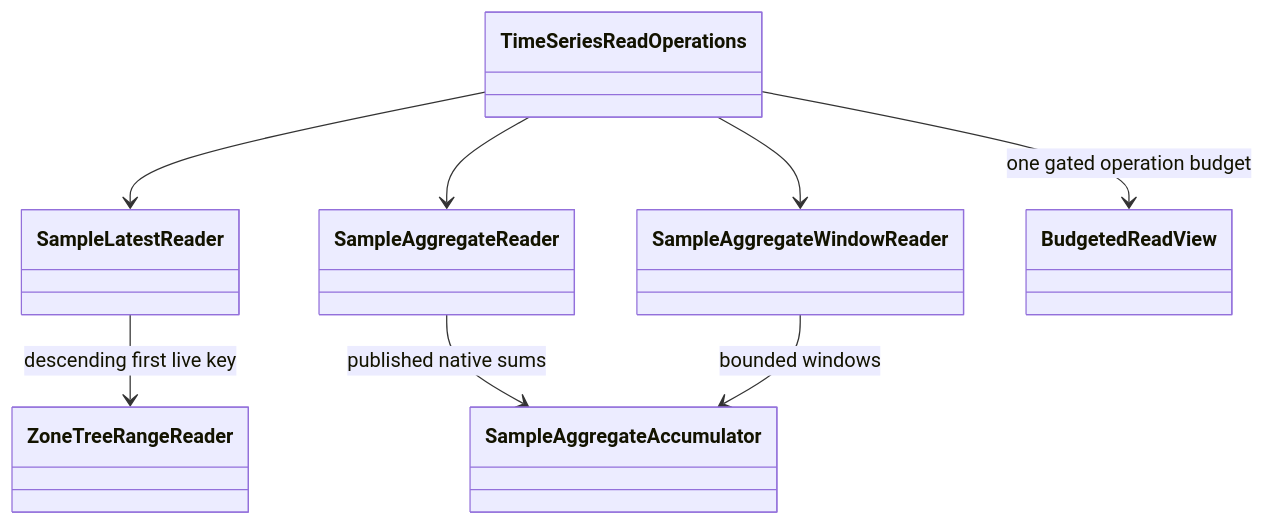
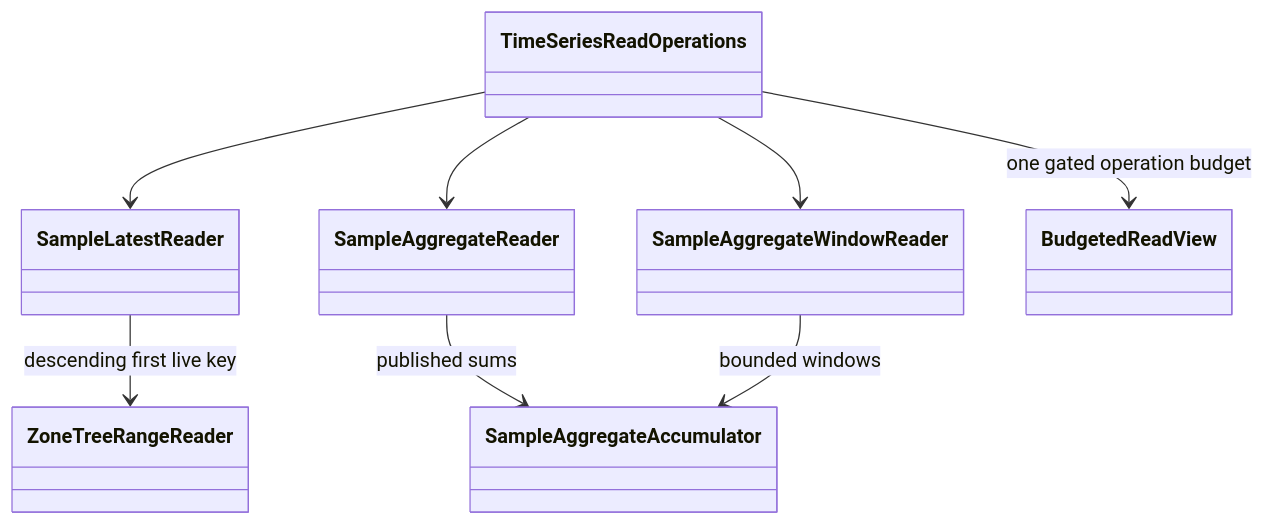
Before and after one commit to managedcode/KeyLoad: diagram 17 of 30 in docs/Architecture.md, drawn with Mermaid. The commit also changed other lines of this file and 9016 other files, not shown here.

````diff
--- a/docs/Architecture.md
+++ b/docs/Architecture.md
@@ -561,17 +570,17 @@
 ```mermaid
 classDiagram
     class TimeSeriesReadOperations
     class SampleLatestReader
     class SampleAggregateReader
     class SampleAggregateWindowReader
     class SampleAggregateAccumulator
     class BudgetedReadView
     class ZoneTreeRangeReader
     TimeSeriesReadOperations --> BudgetedReadView : one gated operation budget
     TimeSeriesReadOperations --> SampleLatestReader
     TimeSeriesReadOperations --> SampleAggregateReader
     TimeSeriesReadOperations --> SampleAggregateWindowReader
     SampleLatestReader --> ZoneTreeRangeReader : descending first live key
-    SampleAggregateReader --> SampleAggregateAccumulator : published native sums
+    SampleAggregateReader --> SampleAggregateAccumulator : published sums
     SampleAggregateWindowReader --> SampleAggregateAccumulator : bounded windows
 ```
````
